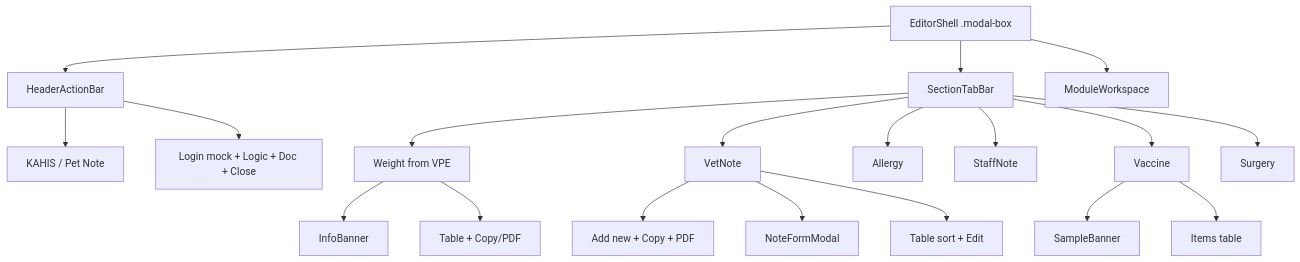
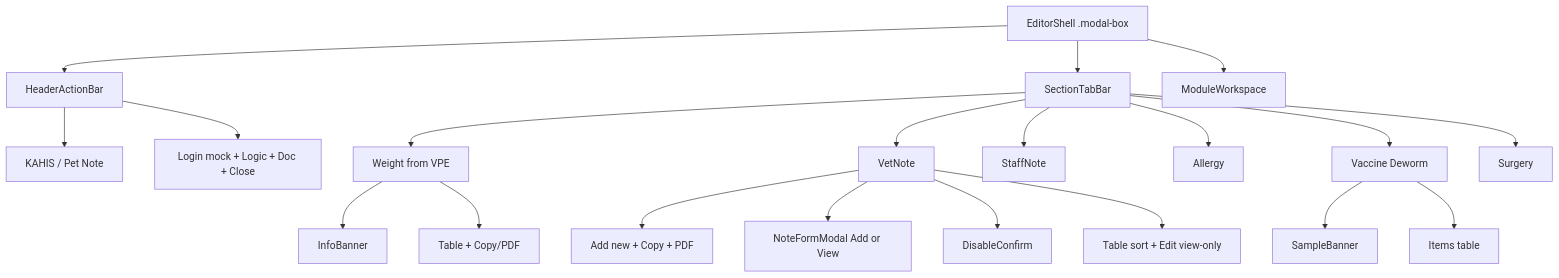
Before and after one commit to imnipon/kahis: the diagram in NP/petnote/petnote.md, drawn with Mermaid. The commit also changed other lines of this file and 2 other files, not shown here.

First line of the commit message:
Reorder Pet Note tabs and make Edit view-only with Disable confirm.

````diff
--- a/NP/petnote/petnote.md
+++ b/NP/petnote/petnote.md
@@ -31,25 +31,26 @@
 ```mermaid
 flowchart TB
   Shell[EditorShell .modal-box]
   Shell --> Head[HeaderActionBar]
   Shell --> Tabs[SectionTabBar]
   Shell --> Work[ModuleWorkspace]
 
   Head --> Brand[KAHIS / Pet Note]
   Head --> Act[Login mock + Logic + Doc + Close]
 
   Tabs --> W[Weight from VPE]
   Tabs --> V[VetNote]
+  Tabs --> O[StaffNote]
   Tabs --> A[Allergy]
-  Tabs --> O[StaffNote]
-  Tabs --> Vac[Vaccine]
+  Tabs --> Vac[Vaccine Deworm]
   Tabs --> Sur[Surgery]
 
   W --> BannerW[InfoBanner]
   W --> Tw[Table + Copy/PDF]
   V --> Toolbar[Add new + Copy + PDF]
-  V --> Modal[NoteFormModal]
-  V --> Tnotes[Table sort + Edit]
+  V --> Modal[NoteFormModal Add or View]
+  V --> Confirm[DisableConfirm]
+  V --> Tnotes[Table sort + Edit view-only]
   Vac --> Sample[SampleBanner]
   Vac --> Titems[Items table]
 ```
````
